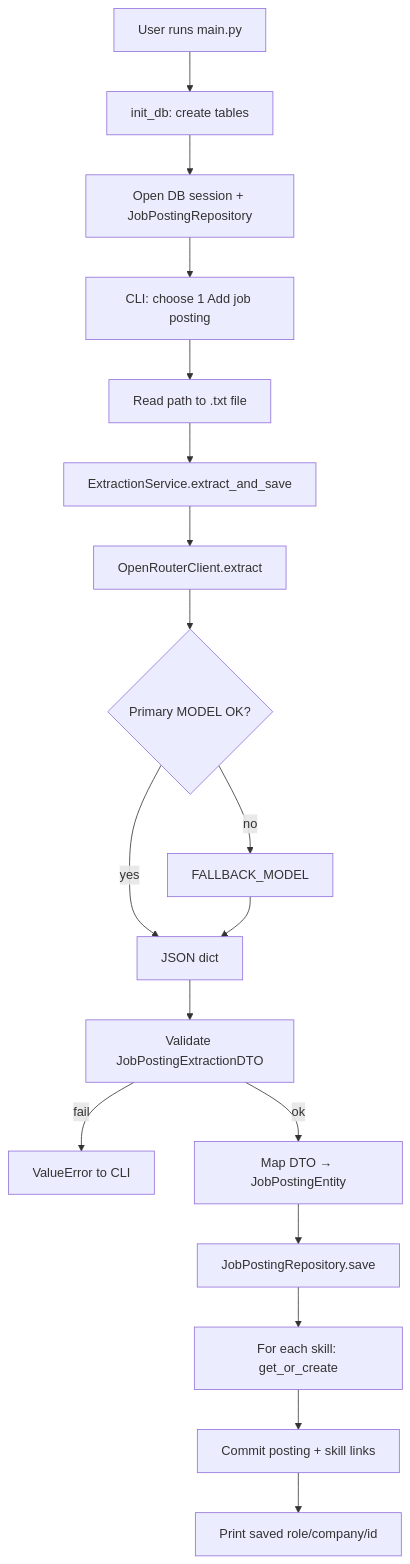
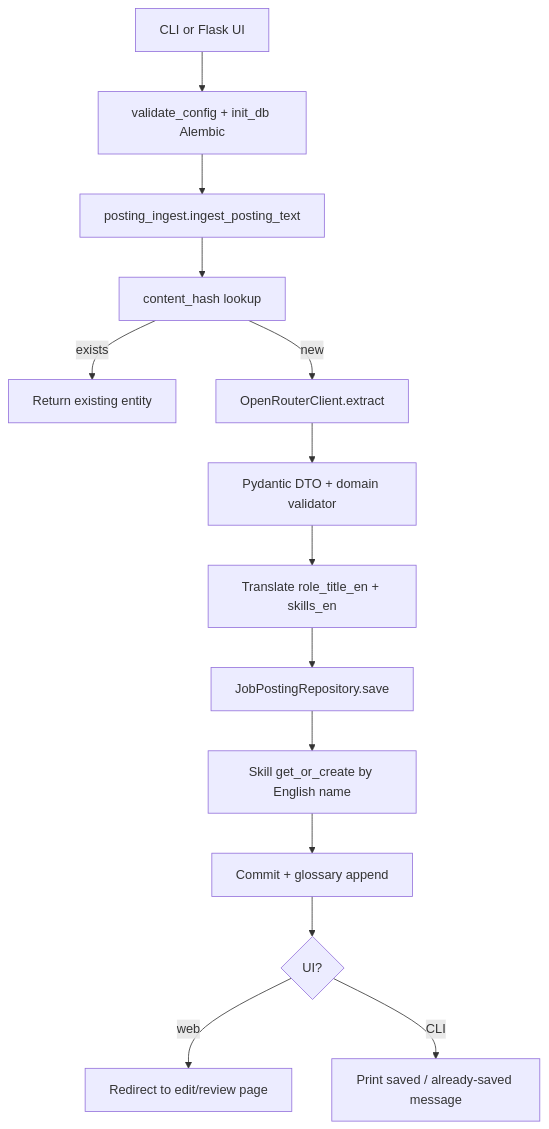
The diagram in PROJECT_SUMMARY.md (kvalge/data-jobs-forecasting-ai-app), drawn with Mermaid before and after one commit. The commit also changed other lines of this file, not shown here.

````diff
--- a/PROJECT_SUMMARY.md
+++ b/PROJECT_SUMMARY.md
@@ -94,20 +130,16 @@
 ```mermaid
 flowchart TD
-    A[User runs main.py] --> B[init_db: create tables]
-    B --> C[Open DB session + JobPostingRepository]
-    C --> D[CLI: choose 1 Add job posting]
-    D --> E[Read path to .txt file]
-    E --> F[ExtractionService.extract_and_save]
-    F --> G[OpenRouterClient.extract]
-    G --> H{Primary MODEL OK?}
-    H -->|yes| I[JSON dict]
-    H -->|no| J[FALLBACK_MODEL]
-    J --> I
-    I --> K[Validate JobPostingExtractionDTO]
-    K -->|fail| L[ValueError to CLI]
-    K -->|ok| M[Map DTO → JobPostingEntity]
-    M --> N[JobPostingRepository.save]
-    N --> O[For each skill: get_or_create]
-    O --> P[Commit posting + skill links]
-    P --> Q[Print saved role/company/id]
+    A[CLI or Flask UI] --> B[validate_config + init_db Alembic]
+    B --> C[posting_ingest.ingest_posting_text]
+    C --> D[content_hash lookup]
+    D -->|exists| E[Return existing entity]
+    D -->|new| F[OpenRouterClient.extract]
+    F --> G[Pydantic DTO + domain validator]
+    G --> H[Translate role_title_en + skills_en]
+    H --> I[JobPostingRepository.save]
+    I --> J[Skill get_or_create by English name]
+    J --> K[Commit + glossary append]
+    K --> L{UI?}
+    L -->|web| M[Redirect to edit/review page]
+    L -->|CLI| N[Print saved / already-saved message]
 ```
````
